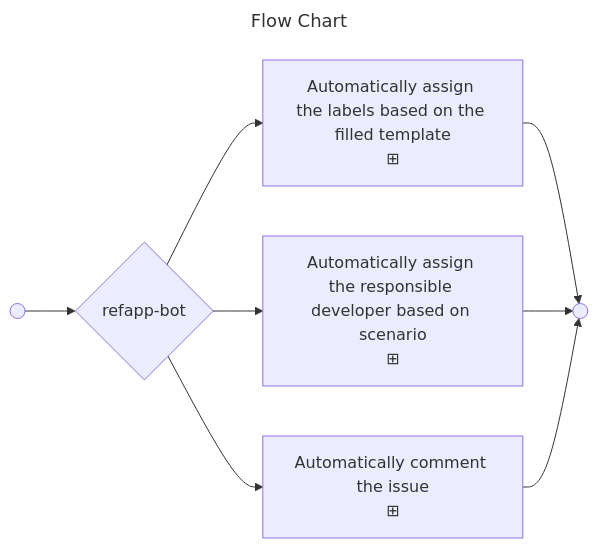
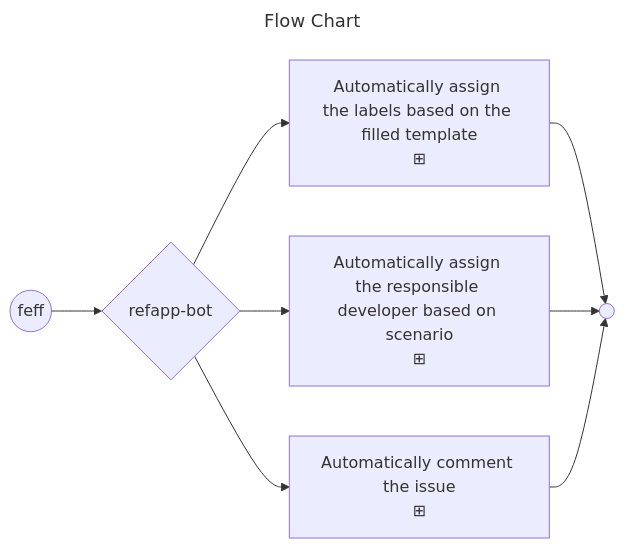
One commit to ejazsyed/validation-issue changed the diagram in README.md. Above: the diagram before and after it, drawn with Mermaid.

Commit message:
issu-bot

````diff
--- a/README.md
+++ b/README.md
@@ -6,13 +6,13 @@
 ```mermaid
 ---
 title: Flow Chart
 ---
 flowchart LR
-    start(( )) --> p1{refapp-bot}
+    start((feff)) --> p1{refapp-bot}
     p1 --> assignee["Automatically assign the labels based on the filled template\n⊞"]
     p1 --> label["Automatically assign the responsible developer based on scenario\n⊞"]
     p1 --> comment["Automatically comment the issue\n⊞"]
     assignee --> e1(( ))
     label --> e1
     comment --> e1
 ```
````
